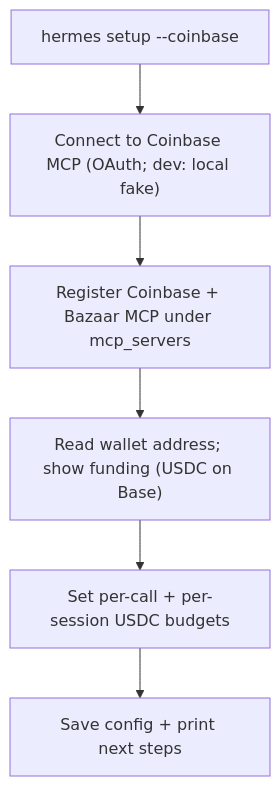
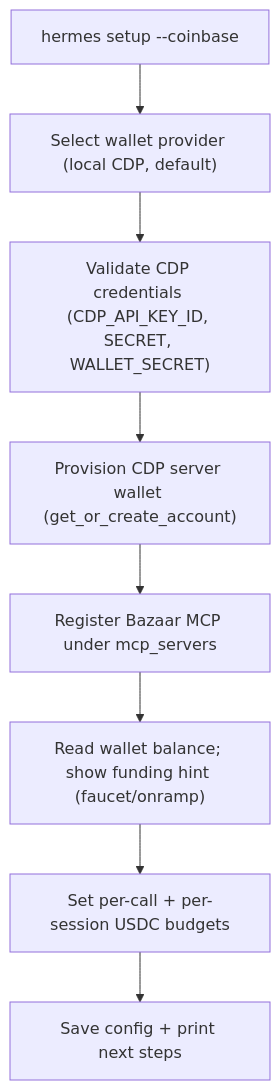
One commit to CarsonRoscoe/Hermes-x402-CDP-Plugin changed the diagram in examples/onboarding_walkthrough.md. Above: the diagram before and after it, drawn with Mermaid. The commit also changed other lines of this file and 40 other files, not shown here.

````diff
--- a/examples/onboarding_walkthrough.md
+++ b/examples/onboarding_walkthrough.md
@@ -9,8 +9,10 @@
 ```mermaid
 flowchart TD
-  start["hermes setup --coinbase"] --> connect["Connect to Coinbase MCP (OAuth; dev: local fake)"]
-  connect --> register["Register Coinbase + Bazaar MCP under mcp_servers"]
-  register --> fund["Read wallet address; show funding (USDC on Base)"]
+  start["hermes setup --coinbase"] --> provider["Select wallet provider (local CDP, default)"]
+  provider --> creds["Validate CDP credentials (CDP_API_KEY_ID, SECRET, WALLET_SECRET)"]
+  creds --> wallet["Provision CDP server wallet (get_or_create_account)"]
+  wallet --> register["Register Bazaar MCP under mcp_servers"]
+  register --> fund["Read wallet balance; show funding hint (faucet/onramp)"]
   fund --> budgets["Set per-call + per-session USDC budgets"]
   budgets --> save["Save config + print next steps"]
 ```
````
